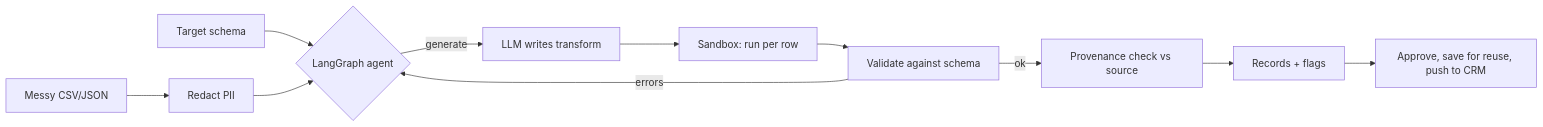
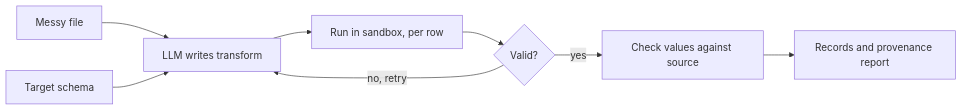
One commit to sanjanaupase/schema-mapper changed the diagram in README.md. Above: the diagram before and after it, drawn with Mermaid. The commit also changed other lines of this file, not shown here.

````diff
--- a/README.md
+++ b/README.md
@@ -21,13 +26,10 @@
 ```mermaid
 flowchart LR
-    A[Messy CSV/JSON] --> B[Redact PII]
-    S[Target schema] --> C
-    B --> C{LangGraph agent}
-    C -->|generate| D[LLM writes transform]
-    D --> E[Sandbox: run per row]
-    E --> F[Validate against schema]
-    F -->|errors| C
-    F -->|ok| G[Provenance check vs source]
-    G --> H[Records + flags]
-    H --> I[Approve, save for reuse, push to CRM]
+    A[Messy file] --> B[LLM writes transform]
+    S[Target schema] --> B
+    B --> C[Run in sandbox, per row]
+    C --> D{Valid?}
+    D -->|no, retry| B
+    D -->|yes| E[Check values against source]
+    E --> F[Records and provenance report]
 ```
````
